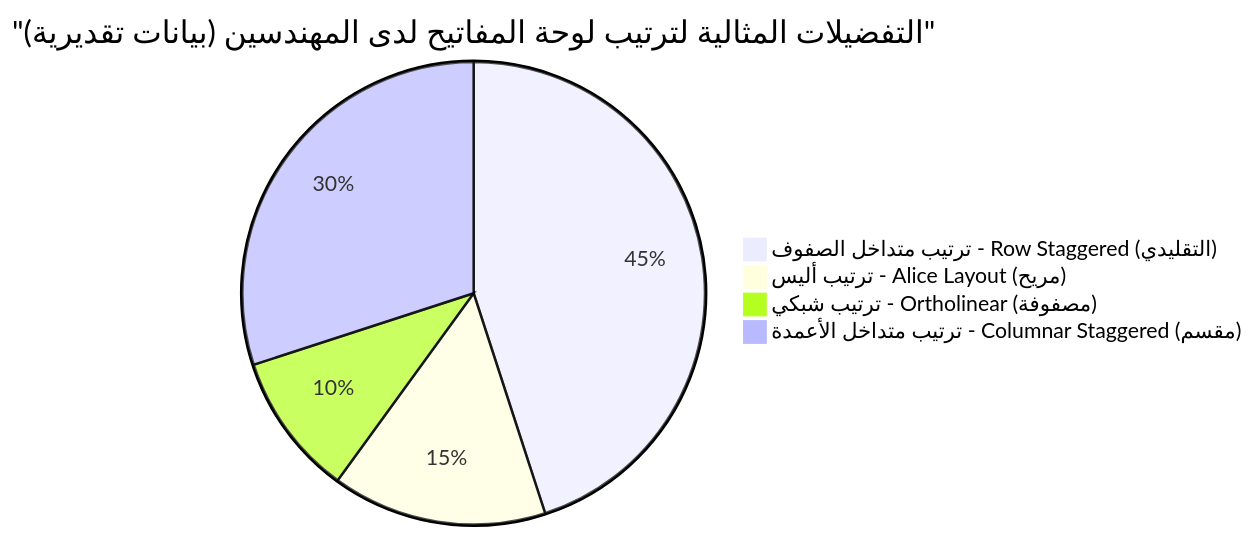
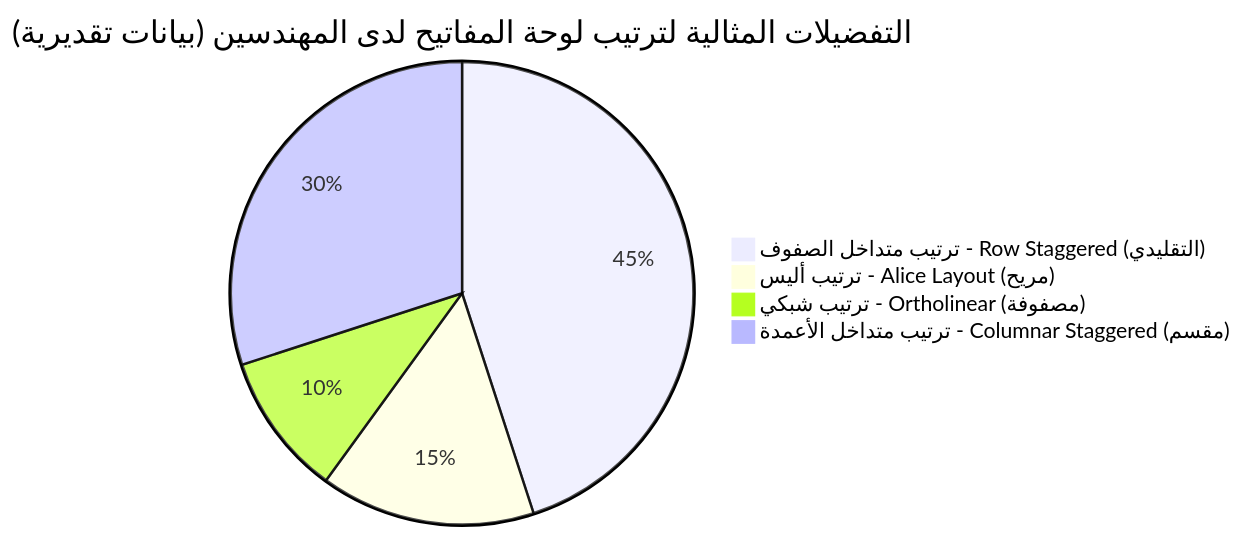
Before and after one commit to kenjinote/blog: the third of 3 diagrams in content/post/mechanical_keyboards/index.ar.md, drawn with Mermaid. The commit also changed other lines of this file and 703 other files, not shown here.

Commit message:
Fix: Remove quotes from Mermaid link texts and timeline definitions to support Mermaid 11.4.1

````diff
--- a/content/post/mechanical_keyboards/index.ar.md
+++ b/content/post/mechanical_keyboards/index.ar.md
@@ -127,7 +127,7 @@
 ```mermaid
-pie title "التفضيلات المثالية لترتيب لوحة المفاتيح لدى المهندسين (بيانات تقديرية)"
+pie title التفضيلات المثالية لترتيب لوحة المفاتيح لدى المهندسين (بيانات تقديرية)
     "ترتيب متداخل الصفوف - Row Staggered (التقليدي)" : 45
     "ترتيب أليس - Alice Layout (مريح)" : 15
     "ترتيب شبكي - Ortholinear (مصفوفة)" : 10
     "ترتيب متداخل الأعمدة - Columnar Staggered (مقسم)" : 30
 ```
````
